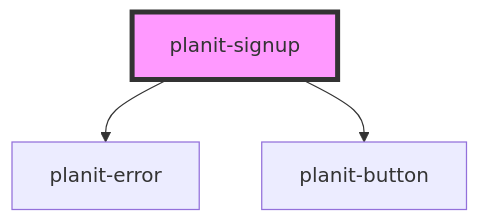
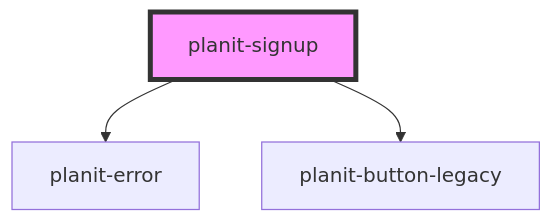
Before and after one commit to planavsky82/planavsky-com-nx: the diagram in libs/planit/src/components/planit-signup/readme.md, drawn with Mermaid. The commit also changed other lines of this file and 13 other files, not shown here.

````diff
--- a/libs/planit/src/components/planit-signup/readme.md
+++ b/libs/planit/src/components/planit-signup/readme.md
@@ -32,6 +32,6 @@
 ```mermaid
 graph TD;
   planit-signup --> planit-error
-  planit-signup --> planit-button
+  planit-signup --> planit-button-legacy
   style planit-signup fill:#f9f,stroke:#333,stroke-width:4px
 ```
````
